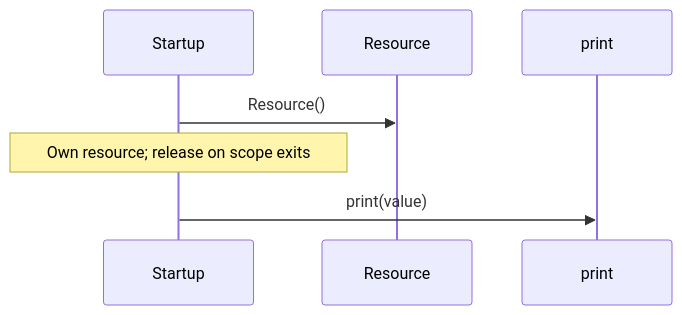
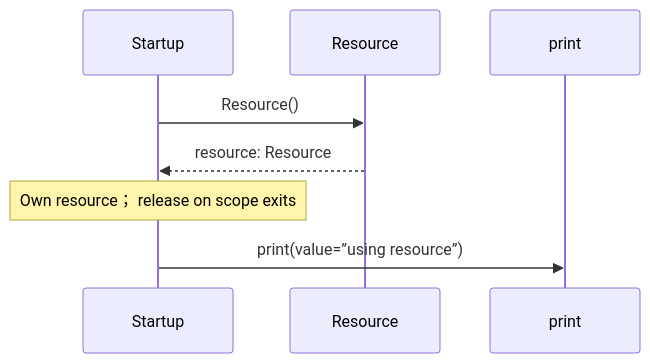
One commit to GreenPandaStudios/augscript changed the third of 3 diagrams in docs/examples/drop/main-diagrams.md. Above: the diagram before and after it, drawn with Mermaid. The commit also changed other lines of this file and 524 other files, not shown here.

Commit message:
Explain checked data flow at folder and service levels

````diff
--- a/docs/examples/drop/main-diagrams.md
+++ b/docs/examples/drop/main-diagrams.md
@@ -45,9 +47,10 @@
 ```mermaid
 sequenceDiagram
     participant p0 as Startup
     participant p1 as Resource
     participant p2 as print
     p0->>p1: Resource()
-    Note over p0: Own resource#59; release on scope exits
-    p0->>p2: print(value)
+    p1-->>p0: resource: Resource
+    Note over p0: Own resource； release on scope exits
+    p0->>p2: print(value=”using resource”)
 ```
````
